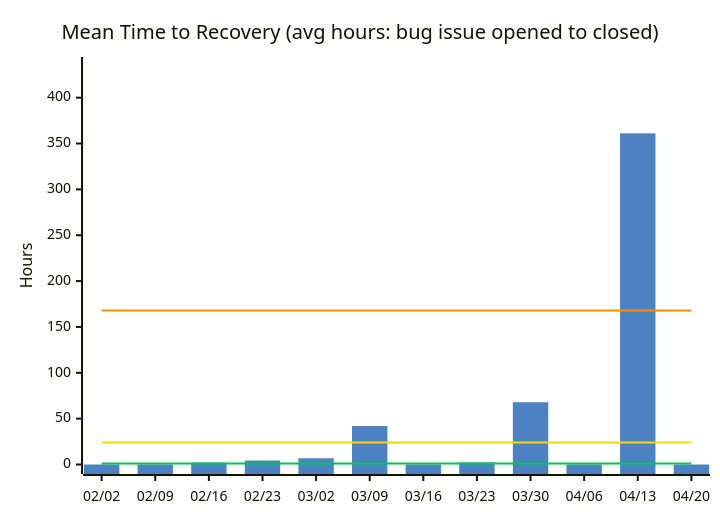
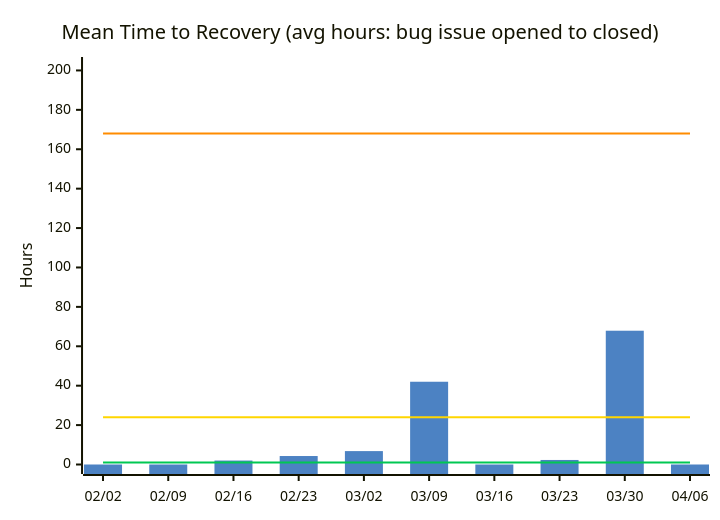
The fourth of 14 diagrams in docs/metrics.md (nablarch/nabledge-dev), drawn with Mermaid before and after one commit. The commit also changed other lines of this file and 13372 other files, not shown here.

````diff
--- a/docs/metrics.md
+++ b/docs/metrics.md
@@ -73,11 +73,11 @@
 ```mermaid
 %%{init: {'theme': 'base', 'themeVariables': {'xyChart': {'plotColorPalette': '#4C82C3,#00C853,#FFD600,#FF8C00'}}}}%%
 xychart-beta
   title "Mean Time to Recovery (avg hours: bug issue opened to closed)"
-  x-axis ["02/02", "02/09", "02/16", "02/23", "03/02", "03/09", "03/16", "03/23", "03/30", "04/06", "04/13", "04/20"]
-  y-axis "Hours" 0 --> 434
-  bar [0, 0, 2, 4.3, 6.8, 42, 0, 2.3, 67.9, 0, 361.1, 0]
-  line [1, 1, 1, 1, 1, 1, 1, 1, 1, 1, 1, 1]
-  line [24, 24, 24, 24, 24, 24, 24, 24, 24, 24, 24, 24]
-  line [168, 168, 168, 168, 168, 168, 168, 168, 168, 168, 168, 168]
+  x-axis ["02/02", "02/09", "02/16", "02/23", "03/02", "03/09", "03/16", "03/23", "03/30", "04/06"]
+  y-axis "Hours" 0 --> 202
+  bar [0, 0, 2, 4.3, 6.8, 42, 0, 2.3, 67.9, 0]
+  line [1, 1, 1, 1, 1, 1, 1, 1, 1, 1]
+  line [24, 24, 24, 24, 24, 24, 24, 24, 24, 24]
+  line [168, 168, 168, 168, 168, 168, 168, 168, 168, 168]
 ```
````
